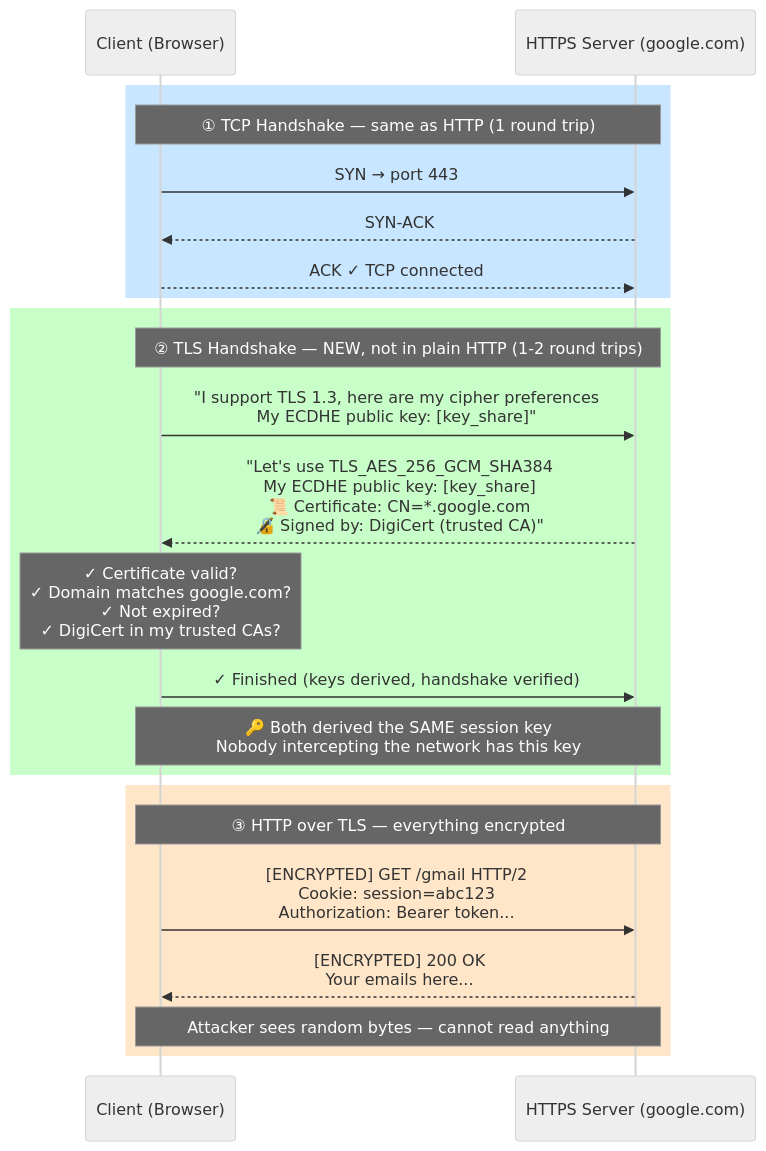
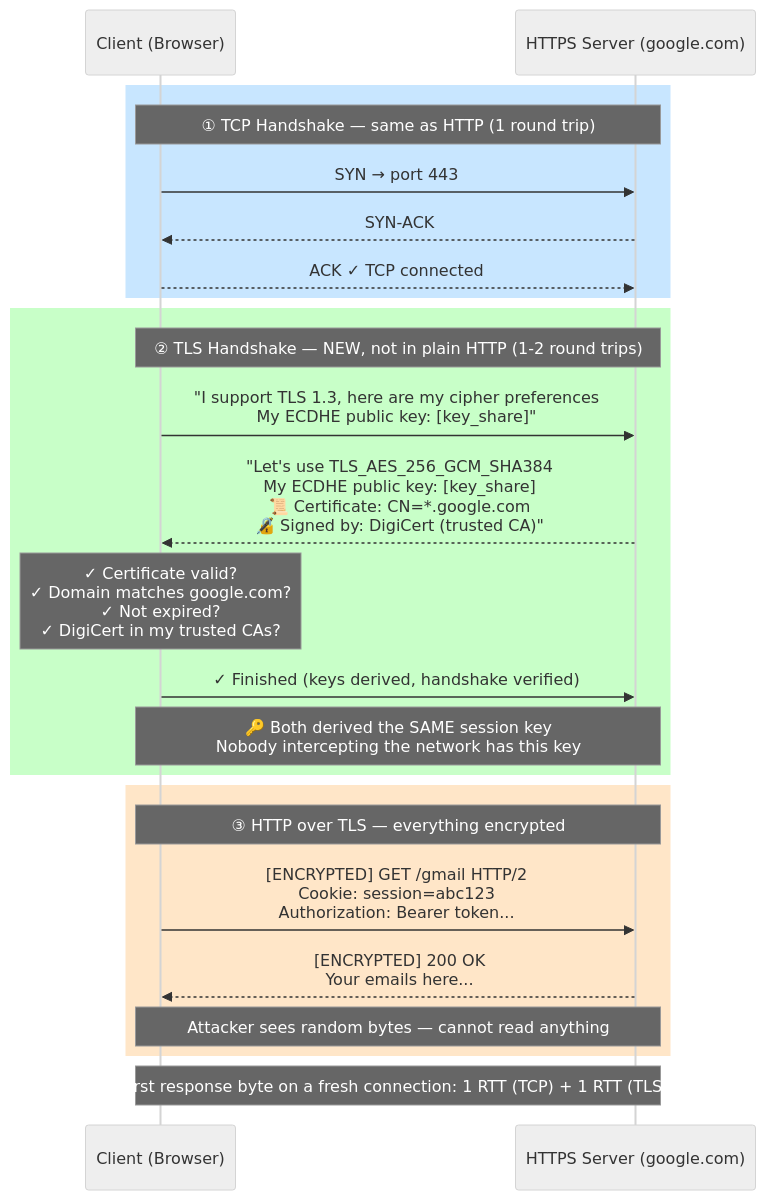
One commit to deepanshu-rawat6/DevOpsIndex changed the third of 9 diagrams in networking/http-versions.md. Above: the diagram before and after it, drawn with Mermaid (neutral theme). The commit also changed other lines of this file and 8 other files, not shown here.

````diff
--- a/networking/http-versions.md
+++ b/networking/http-versions.md
@@ -55,28 +89,30 @@
 ```mermaid
 sequenceDiagram
     participant C as Client (Browser)
     participant S as HTTPS Server (google.com)
 
     rect rgb(200, 230, 255)
         Note over C,S: ① TCP Handshake — same as HTTP (1 round trip)
         C->>S: SYN → port 443
         S-->>C: SYN-ACK
         C-->>S: ACK ✓ TCP connected
     end
 
     rect rgb(200, 255, 200)
         Note over C,S: ② TLS Handshake — NEW, not in plain HTTP (1-2 round trips)
         C->>S: "I support TLS 1.3, here are my cipher preferences<br>My ECDHE public key: [key_share]"
         S-->>C: "Let's use TLS_AES_256_GCM_SHA384<br>My ECDHE public key: [key_share]<br>📜 Certificate: CN=*.google.com<br>🔏 Signed by: DigiCert (trusted CA)"
         Note over C: ✓ Certificate valid?<br>✓ Domain matches google.com?<br>✓ Not expired?<br>✓ DigiCert in my trusted CAs?
         C->>S: ✓ Finished (keys derived, handshake verified)
         Note over C,S: 🔑 Both derived the SAME session key<br>Nobody intercepting the network has this key
     end
 
     rect rgb(255, 230, 200)
         Note over C,S: ③ HTTP over TLS — everything encrypted
         C->>S: [ENCRYPTED] GET /gmail HTTP/2<br>Cookie: session=abc123<br>Authorization: Bearer token...
         S-->>C: [ENCRYPTED] 200 OK<br>Your emails here...
         Note over C,S: Attacker sees random bytes — cannot read anything
     end
+
+    Note over C,S: Total before first response byte on a fresh connection: 1 RTT (TCP) + 1 RTT (TLS 1.3) = 2 RTTs
 ```
````
